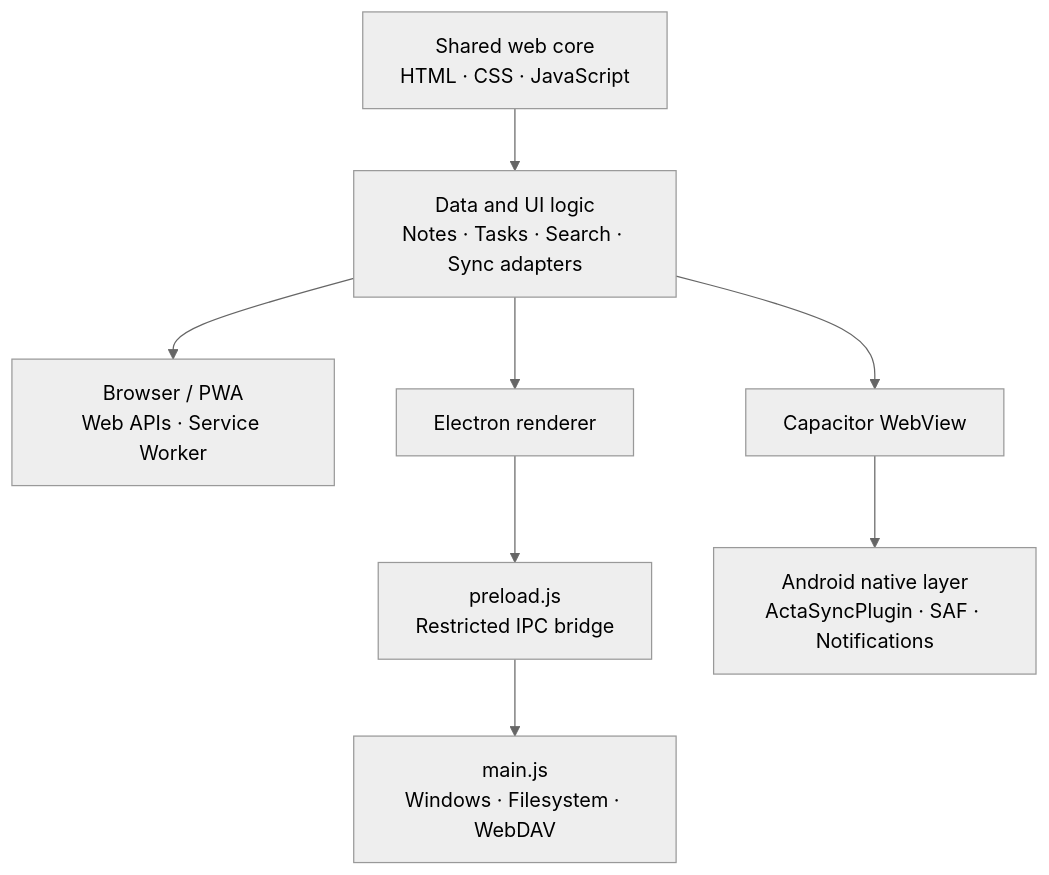
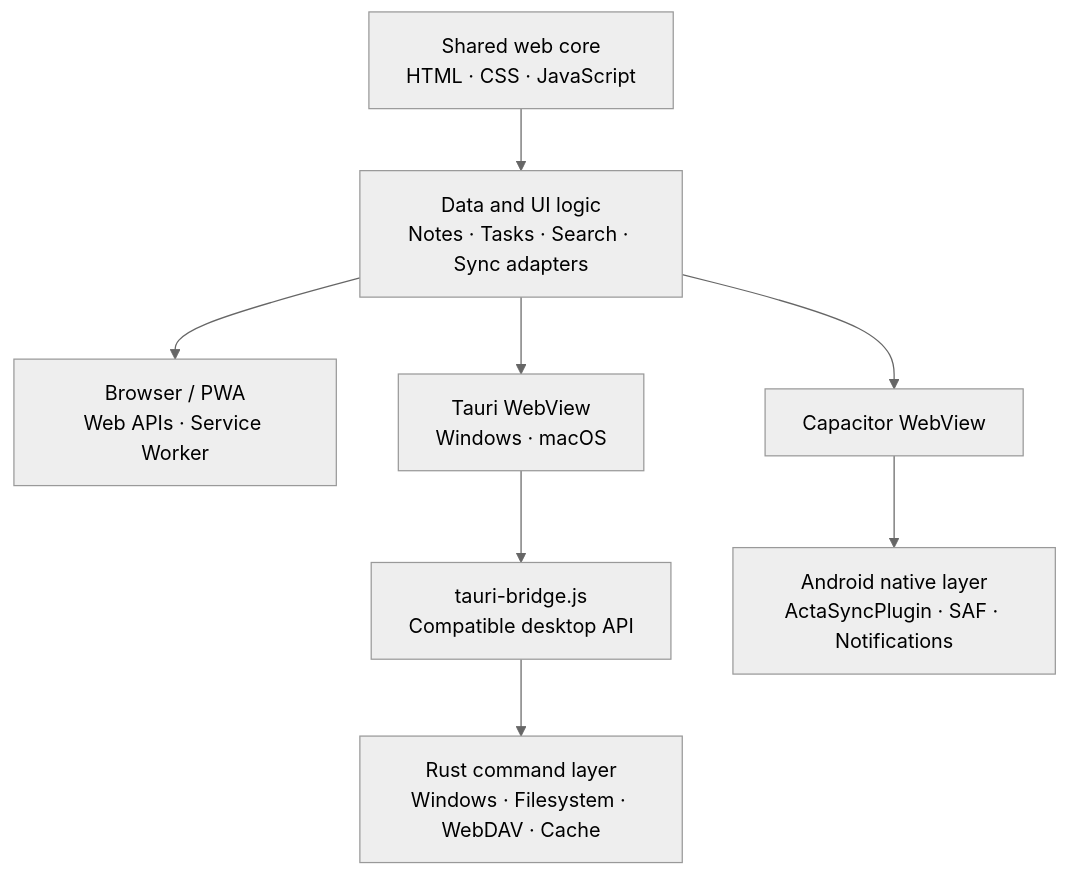
The diagram in README_EN.md (MogroWang/Acta), drawn with Mermaid (neutral theme) before and after one commit. The commit also changed other lines of this file and 152 other files, not shown here.

First line of the commit message:
Migrate desktop to Tauri 2 and upgrade Android to Capacitor 8

````diff
--- a/README_EN.md
+++ b/README_EN.md
@@ -47,16 +50,16 @@
 ```mermaid
 flowchart TB
     Core["Shared web core<br/>HTML · CSS · JavaScript"]
     Model["Data and UI logic<br/>Notes · Tasks · Search · Sync adapters"]
     PWA["Browser / PWA<br/>Web APIs · Service Worker"]
-    Electron["Electron renderer"]
-    Bridge["preload.js<br/>Restricted IPC bridge"]
-    Main["main.js<br/>Windows · Filesystem · WebDAV"]
+    Tauri["Tauri WebView<br/>Windows · macOS"]
+    Bridge["tauri-bridge.js<br/>Compatible desktop API"]
+    Rust["Rust command layer<br/>Windows · Filesystem · WebDAV · Cache"]
     Android["Capacitor WebView"]
     Native["Android native layer<br/>ActaSyncPlugin · SAF · Notifications"]
 
     Core --> Model
     Model --> PWA
-    Model --> Electron --> Bridge --> Main
+    Model --> Tauri --> Bridge --> Rust
     Model --> Android --> Native
 ```
````
